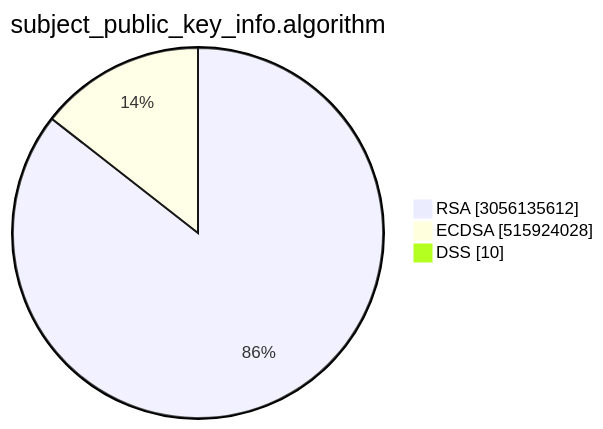
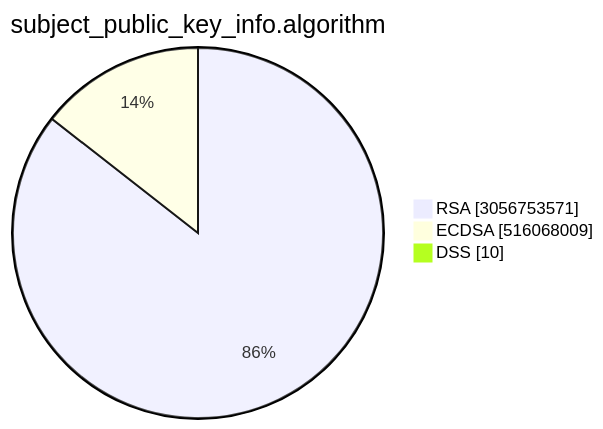
Before and after one commit to christiankrug/ctmonitor_visualization: the second of 15 diagrams in TOTAL/README.md, drawn with Mermaid. The commit also changed other lines of this file, not shown here.

````diff
--- a/TOTAL/README.md
+++ b/TOTAL/README.md
@@ -6,7 +6,7 @@
 ```mermaid
 pie showData
 title subject_public_key_info.algorithm
-"RSA" :3056135612
-"ECDSA" :515924028
+"RSA" :3056753571
+"ECDSA" :516068009
 "DSS" :10
 ```
````
